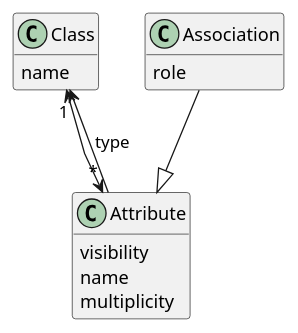
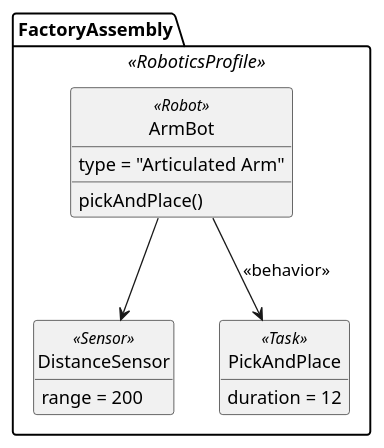
The third of 3 diagrams in class/amss2025/curs/09-metamodel.md (traiansf/traiansf.github.io), drawn with PlantUML before and after one commit. The commit also changed other lines of this file and 7 other files, not shown here.

````diff
--- a/class/amss2025/curs/09-metamodel.md
+++ b/class/amss2025/curs/09-metamodel.md
@@ -184,21 +276,30 @@
 ```plantuml
 @startuml
-skinparam linetype polyline
+hide circle
 hide empty members
-class Class {
-  name
-}
-class Attribute {
-  visibility
-  name
-  multiplicity
-}
-class Association {
-    role
+
+' Apply the profile (visual cue only, PlantUML doesn't enforce)
+' Note: PlantUML doesn't support actual XMI stereotype application,
+' but the notation is accepted visually.
+
+package FactoryAssembly <<RoboticsProfile>> {
+
+    class ArmBot <<Robot>> {
+        type = "Articulated Arm"
+        pickAndPlace()
+    }
+
+    class DistanceSensor <<Sensor>> {
+        range = 200
+    }
+
+    class PickAndPlace <<Task>> {
+        duration = 12
+    }
+
+    ArmBot --> PickAndPlace : <<behavior>>
+    ArmBot --> DistanceSensor
 }
 
-Class "1" <--> "*" Attribute
-Attribute --> Class : type
-Association --|> Attribute
 @enduml
 ```
````
